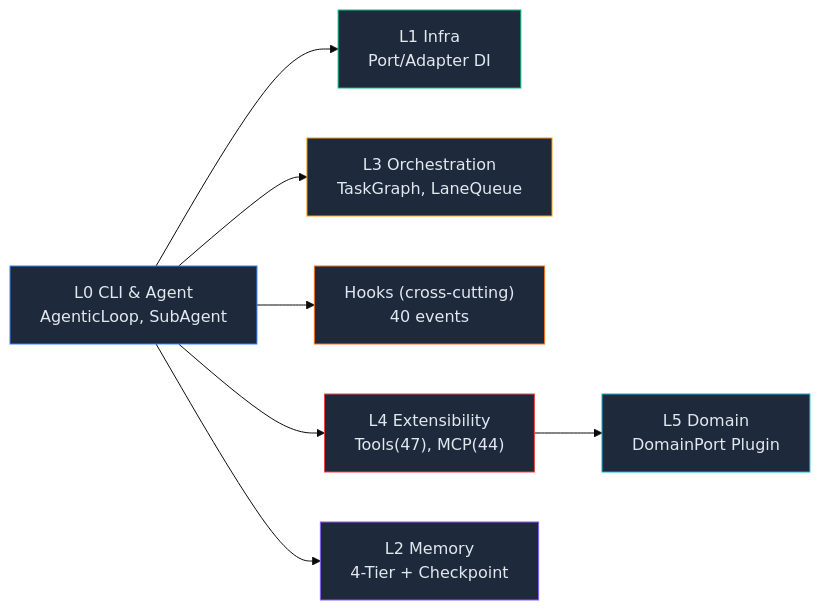
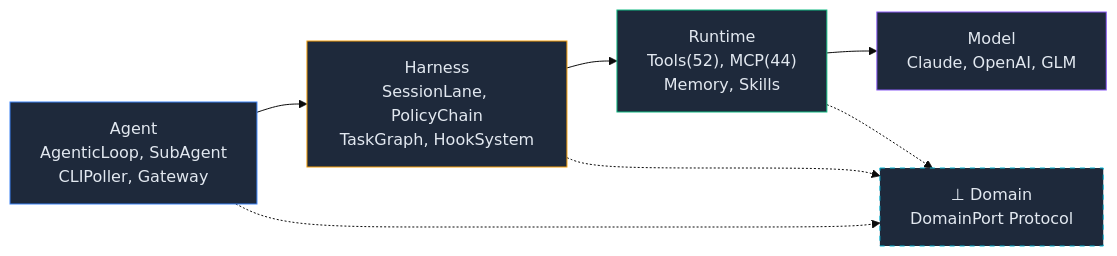
Before and after one commit to mangowhoiscloud/geode: the second of 3 diagrams in README.md, drawn with Mermaid (base theme). The commit also changed other lines of this file and 21 other files, not shown here.

````diff
--- a/README.md
+++ b/README.md
@@ -152,17 +152,16 @@
 ```mermaid
 graph LR
-    L0["L0 CLI & Agent<br/>AgenticLoop, SubAgent"] --> L1["L1 Infra<br/>Port/Adapter DI"]
-    L0 --> L3["L3 Orchestration<br/>TaskGraph, LaneQueue"]
-    L0 --> HK["Hooks (cross-cutting)<br/>40 events"]
-    L0 --> L4["L4 Extensibility<br/>Tools(47), MCP(44)"]
-    L4 --> L5["L5 Domain<br/>DomainPort Plugin"]
-    L0 --> L2["L2 Memory<br/>4-Tier + Checkpoint"]
+    AG["Agent<br/>AgenticLoop, SubAgent<br/>CLIPoller, Gateway"] --> HA["Harness<br/>SessionLane, PolicyChain<br/>TaskGraph, HookSystem"]
+    HA --> RT["Runtime<br/>Tools(52), MCP(44)<br/>Memory, Skills"]
+    RT --> MD["Model<br/>Claude, OpenAI, GLM"]
 
-    style L0 fill:#1e293b,stroke:#3b82f6,color:#e2e8f0
-    style L1 fill:#1e293b,stroke:#10b981,color:#e2e8f0
-    style L2 fill:#1e293b,stroke:#8b5cf6,color:#e2e8f0
-    style L3 fill:#1e293b,stroke:#f59e0b,color:#e2e8f0
-    style HK fill:#1e293b,stroke:#f97316,color:#e2e8f0
-    style L4 fill:#1e293b,stroke:#ef4444,color:#e2e8f0
-    style L5 fill:#1e293b,stroke:#06b6d4,color:#e2e8f0
+    AG -.-> DP["⊥ Domain<br/>DomainPort Protocol"]
+    HA -.-> DP
+    RT -.-> DP
+
+    style AG fill:#1e293b,stroke:#3b82f6,color:#e2e8f0
+    style HA fill:#1e293b,stroke:#f59e0b,color:#e2e8f0
+    style RT fill:#1e293b,stroke:#10b981,color:#e2e8f0
+    style MD fill:#1e293b,stroke:#8b5cf6,color:#e2e8f0
+    style DP fill:#1e293b,stroke:#06b6d4,color:#e2e8f0,stroke-dasharray: 5 5
 ```
````
